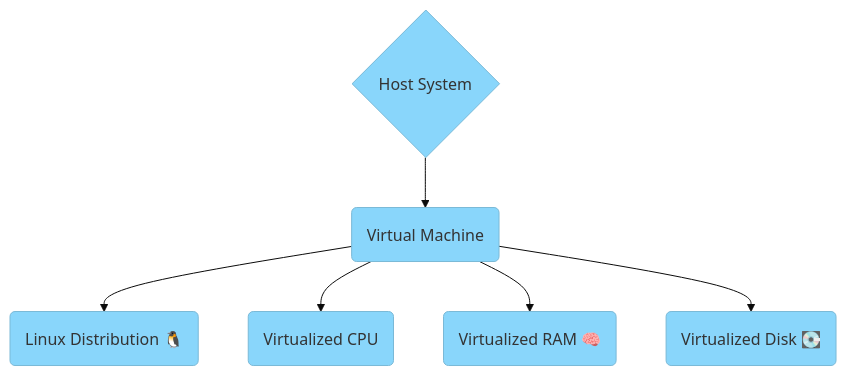
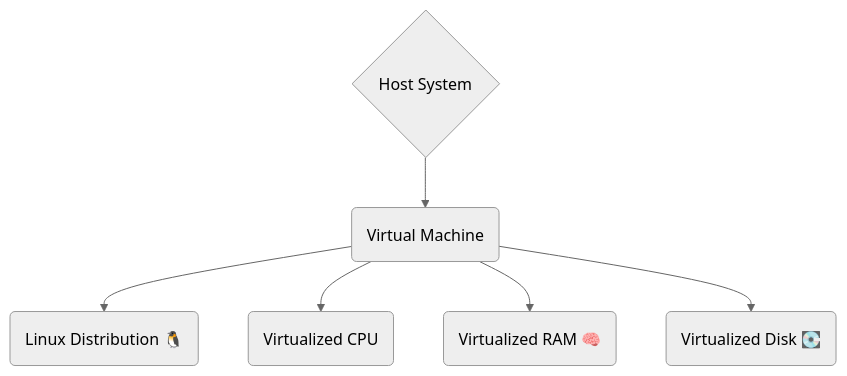
One commit to mjfrigaard/linux-cb changed the diagram in setups.qmd. Above: the diagram before and after it, drawn with Mermaid. The commit also changed 5 other files, not shown here.

````diff
--- a/setups.qmd
+++ b/setups.qmd
@@ -65,21 +65,21 @@
 ```{mermaid}
 %%| fig-width: 8.0
 %%| fig-align: center
 %%| fig-cap: 'Running Virtual Machines'
-%%{init: {'theme': 'base', 'themeVariables': { 'fontFamily': 'Inconsolata', 'primaryColor': '#89D6FB', 'edgeLabelBackground':'#02577A'}}}%%
+%%{init: {'theme': 'neutral', 'themeVariables': { 'fontFamily': 'monospace', "fontSize":"16px"}}}%%
 
 flowchart TD
   VM("Virtual Machine")
   Linux("Linux Distribution 🐧")
   HostSystem{"Host System"}
   CPU("Virtualized CPU")
   RAM("Virtualized RAM 🧠")
   Disk("Virtualized Disk 💽")
 
   HostSystem-->VM
   VM-->Linux
   VM-->CPU
   VM-->RAM
   VM-->Disk
 
 ```
````
